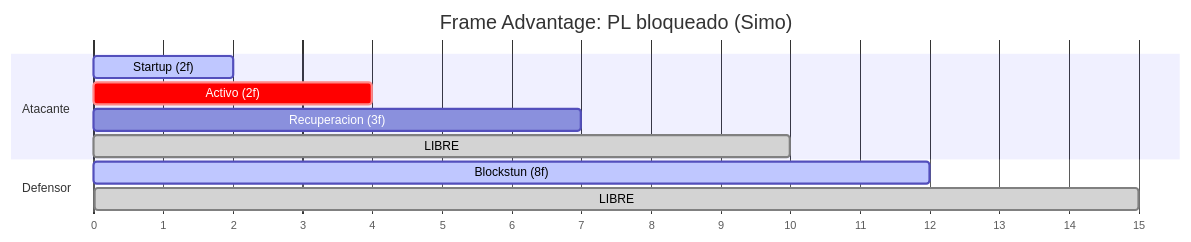
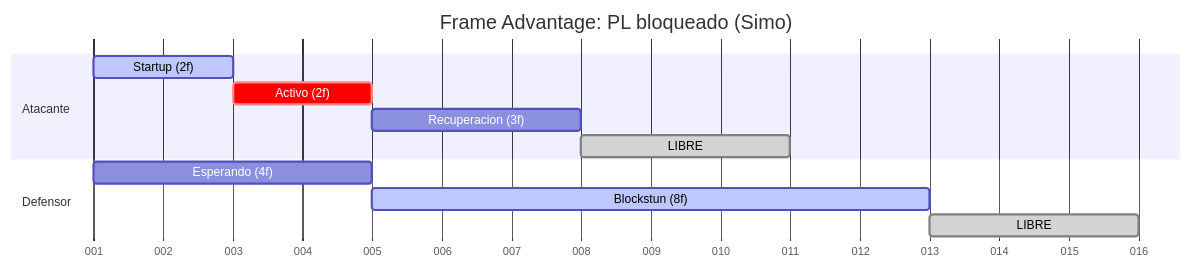
Before and after one commit to simon0191/a-los-traques: the third of 5 diagrams in docs/guia-de-combate.md, drawn with Mermaid. The commit also changed other lines of this file, not shown here.

Commit message:
Fix Mermaid Gantt charts to use sequential task dependencies
Use 'after' keyword so phases render sequentially instead of all
starting at the same position. Switch from dateFormat X to date-based
format for reliable rendering.

````diff
--- a/docs/guia-de-combate.md
+++ b/docs/guia-de-combate.md
@@ -93,16 +94,18 @@
 ```mermaid
 gantt
     title Frame Advantage: PL bloqueado (Simo)
-    dateFormat X
-    axisFormat %s
+    dateFormat YYYY-MM-DD
+    axisFormat %j
+    tickInterval 1day
 
     section Atacante
-    Startup (2f)     :active, a_s, 0, 2
-    Activo (2f)      :crit, a_a, 2, 4
-    Recuperacion (3f):a_r, 4, 7
-    LIBRE            :done, a_f, 7, 10
+    Startup (2f)      :active, a_s, 2025-01-01, 2d
+    Activo (2f)       :crit, a_a, after a_s, 2d
+    Recuperacion (3f) :a_r, after a_a, 3d
+    LIBRE             :done, a_f, after a_r, 3d
 
     section Defensor
-    Blockstun (8f)   :active, d_b, 4, 12
-    LIBRE            :done, d_f, 12, 15
+    Esperando (4f)    :d_w, 2025-01-01, 4d
+    Blockstun (8f)    :active, d_b, after d_w, 8d
+    LIBRE             :done, d_f, after d_b, 3d
 ```
````
